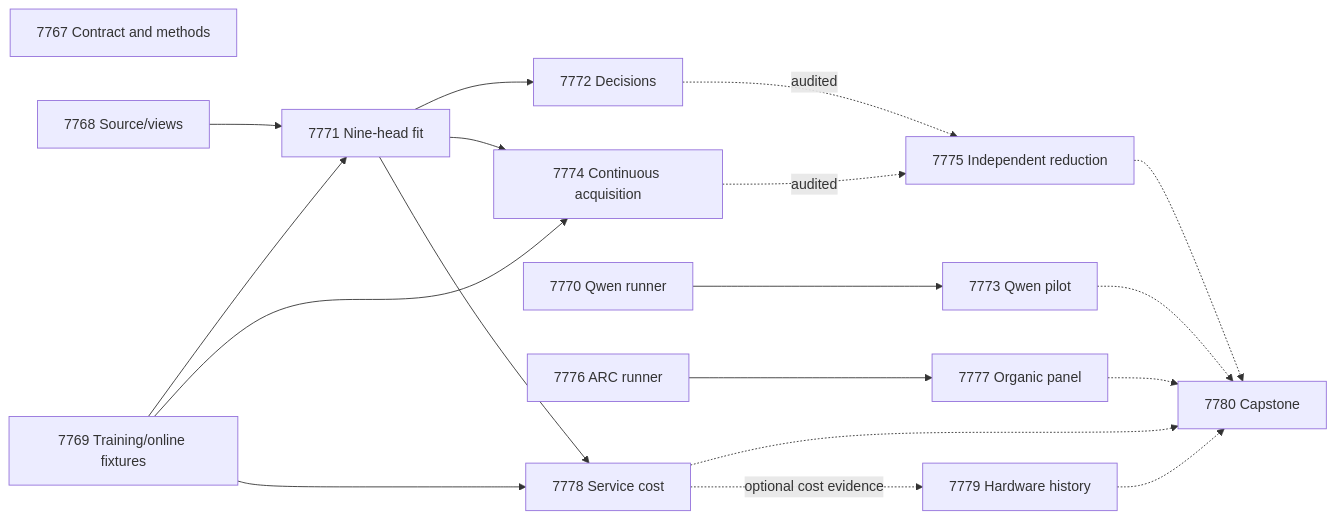
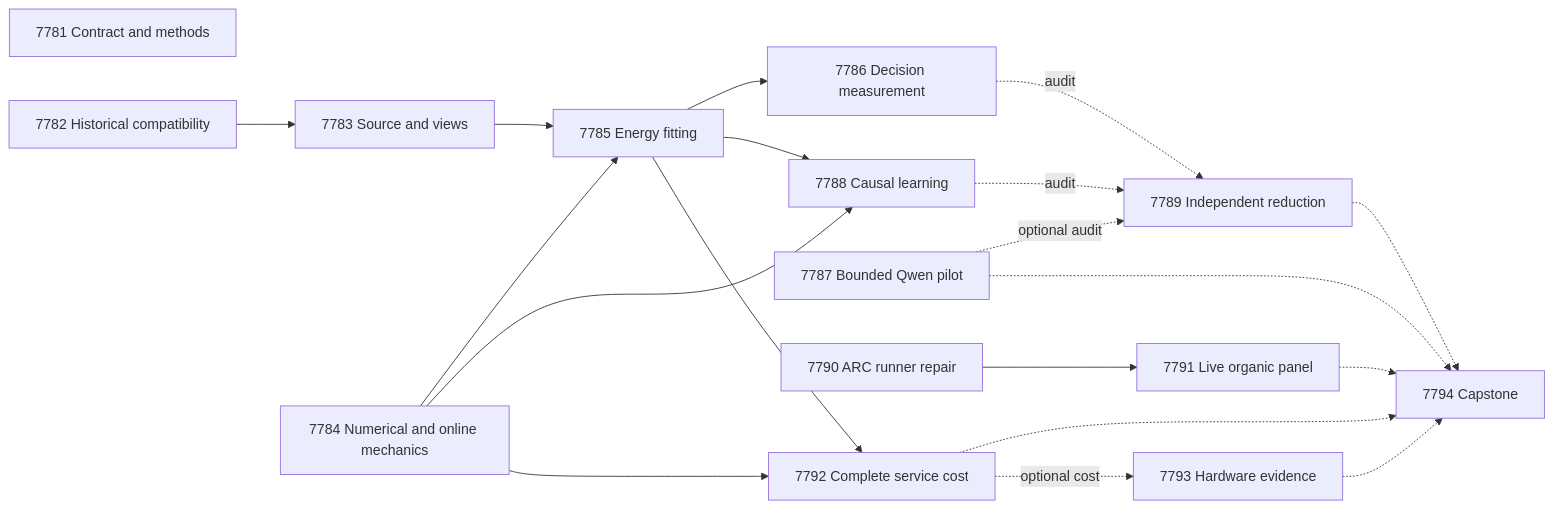
The second of 2 diagrams in openspec/change-proposals/research-roadmap-vNEXT.md (Carnot-EBM/carnot-ebm), drawn with Mermaid before and after one commit. The commit also changed other lines of this file and 14 other files, not shown here.

````diff
--- a/openspec/change-proposals/research-roadmap-vNEXT.md
+++ b/openspec/change-proposals/research-roadmap-vNEXT.md
@@ -272,21 +287,22 @@
 ```mermaid
 flowchart LR
-    E7767[7767 Contract and methods]
-    E7768[7768 Source/views] --> E7771[7771 Nine-head fit]
-    E7769[7769 Training/online fixtures] --> E7771
-    E7770[7770 Qwen runner] --> E7773[7773 Qwen pilot]
-    E7771 --> E7772[7772 Decisions]
-    E7771 --> E7774[7774 Continuous acquisition]
-    E7769 --> E7774
-    E7772 -. audited .-> E7775[7775 Independent reduction]
-    E7774 -. audited .-> E7775
-    E7776[7776 ARC runner] --> E7777[7777 Organic panel]
-    E7771 --> E7778[7778 Service cost]
-    E7769 --> E7778
-    E7778 -. optional cost evidence .-> E7779[7779 Hardware history]
-    E7775 -.-> E7780[7780 Capstone]
-    E7773 -.-> E7780
-    E7777 -.-> E7780
-    E7778 -.-> E7780
-    E7779 -.-> E7780
+    E7781[7781 Contract and methods]
+    E7782[7782 Historical compatibility] --> E7783[7783 Source and views]
+    E7783 --> E7785[7785 Energy fitting]
+    E7784[7784 Numerical and online mechanics] --> E7785
+    E7785 --> E7786[7786 Decision measurement]
+    E7785 --> E7788[7788 Causal learning]
+    E7784 --> E7788
+    E7786 -. audit .-> E7789[7789 Independent reduction]
+    E7788 -. audit .-> E7789
+    E7787[7787 Bounded Qwen pilot] -. optional audit .-> E7789
+    E7790[7790 ARC runner repair] --> E7791[7791 Live organic panel]
+    E7785 --> E7792[7792 Complete service cost]
+    E7784 --> E7792
+    E7792 -. optional cost .-> E7793[7793 Hardware evidence]
+    E7789 -.-> E7794[7794 Capstone]
+    E7787 -.-> E7794
+    E7791 -.-> E7794
+    E7792 -.-> E7794
+    E7793 -.-> E7794
 ```
````
